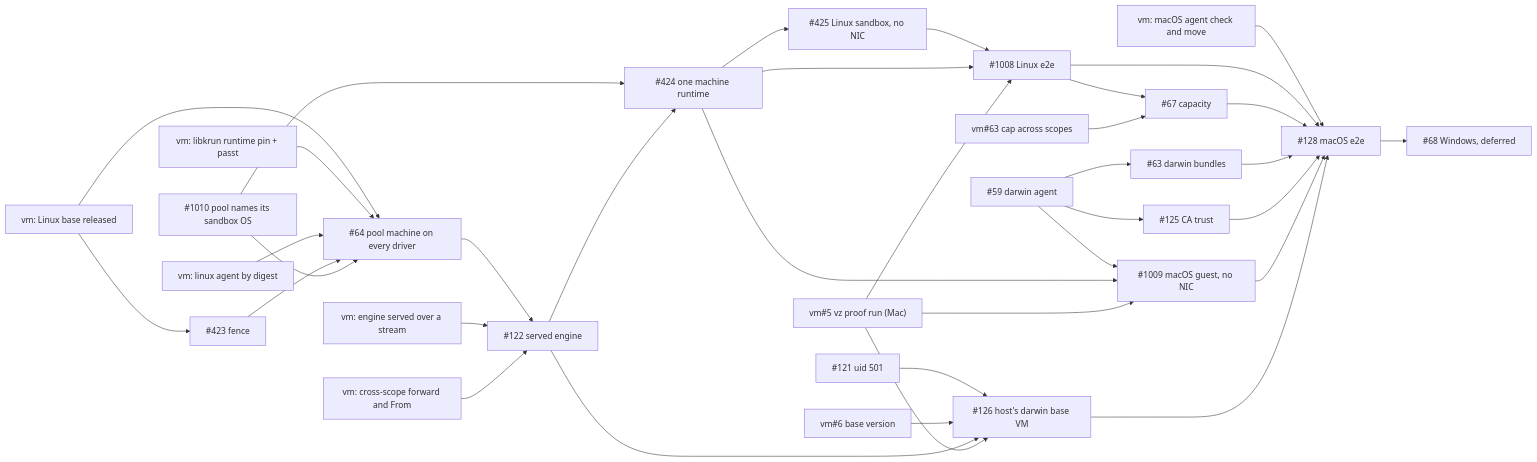
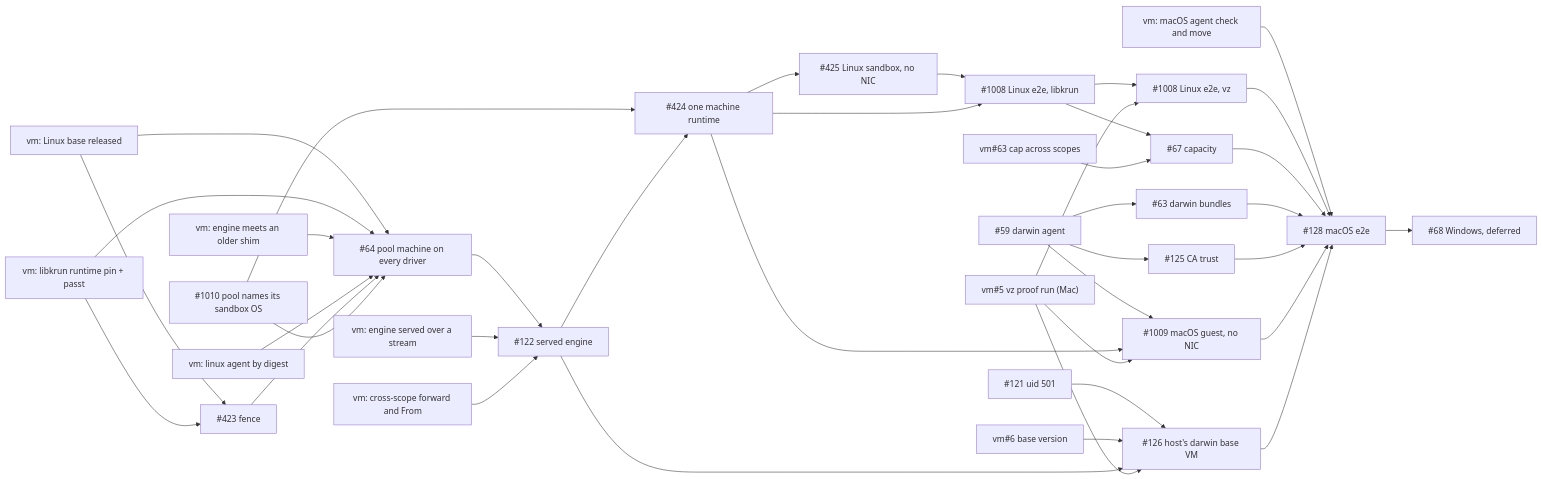
One commit to discobox-ai/discobox changed the diagram in docs/tasks/42-one-vm-pool-shape.md. Above: the diagram before and after it, drawn with Mermaid. The commit also changed other lines of this file, not shown here.

Commit message:
docs(tasks): fix the #42 plan's graph against its own steps
#1008 has a libkrun node and a vz node, and the vz proof run gates only
the vz one. The fence's libkrun proof waits on libkrun's runtime pin
and passt fix. The engine meeting an older shim (step 1.8) comes before
the pool machine.

Refs #42

Claude-Session: https://claude.ai/code/session_01Awc7Eg2P5FKR3f7tJWfKL7

````diff
--- a/docs/tasks/42-one-vm-pool-shape.md
+++ b/docs/tasks/42-one-vm-pool-shape.md
@@ -163,37 +163,40 @@
 ```mermaid
 graph LR
   B["vm: Linux base released"] --> F423["#423 fence"]
   B --> P64["#64 pool machine on every driver"]
   KRUN["vm: libkrun runtime pin + passt"] --> P64
+  KRUN --> F423
+  SHIM["vm: engine meets an older shim"] --> P64
   VAG["vm: linux agent by digest"] --> P64
   F423 --> P64
   P1010["#1010 pool names its sandbox OS"] --> P64
   P1010 --> P424
   P64 --> S122["#122 served engine"]
   ENG["vm: engine served over a stream"] --> S122
   XS["vm: cross-scope forward and From"] --> S122
   S122 --> P424["#424 one machine runtime"]
   P424 --> S425["#425 Linux sandbox, no NIC"]
-  S425 --> L1008["#1008 Linux e2e"]
+  S425 --> L1008["#1008 Linux e2e, libkrun"]
   P424 --> L1008
-  PROOF["vm#5 vz proof run (Mac)"] --> L1008
+  L1008 --> V1008["#1008 Linux e2e, vz"]
+  PROOF["vm#5 vz proof run (Mac)"] --> V1008
   L1008 --> C67["#67 capacity"]
   CAP63["vm#63 cap across scopes"] --> C67
   A59["#59 darwin agent"] --> A63["#63 darwin bundles"]
   A59 --> A125["#125 CA trust"]
   A59 --> DG["#1009 macOS guest, no NIC"]
   P424 --> DG
   PROOF --> DG
   U121["#121 uid 501"] --> D126["#126 host's darwin base VM"]
   V6["vm#6 base version"] --> D126
   S122 --> D126
   PROOF --> D126
   MAC["vm: macOS agent check and move"] --> M128
-  L1008 --> M128["#128 macOS e2e"]
+  V1008 --> M128["#128 macOS e2e"]
   C67 --> M128
   A63 --> M128
   A125 --> M128
   DG --> M128
   D126 --> M128
   M128 --> W68["#68 Windows, deferred"]
 ```
````
